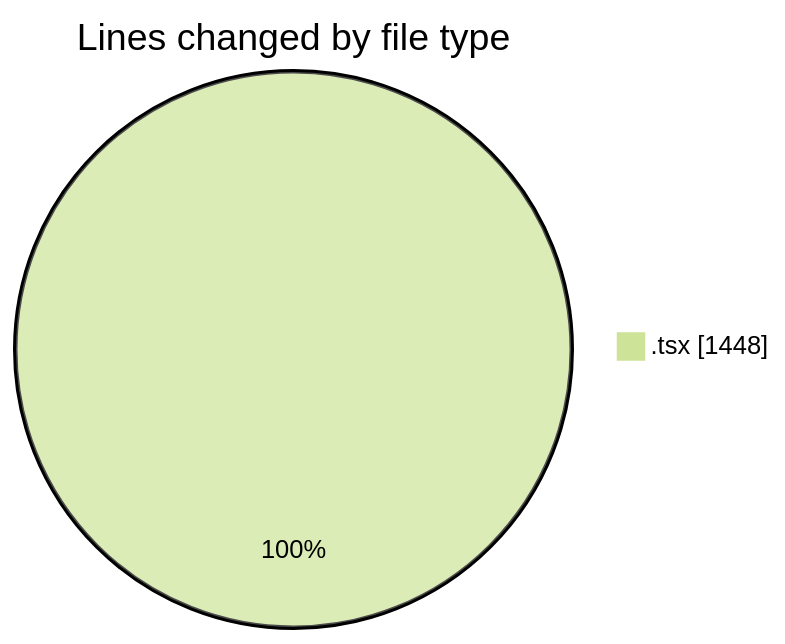
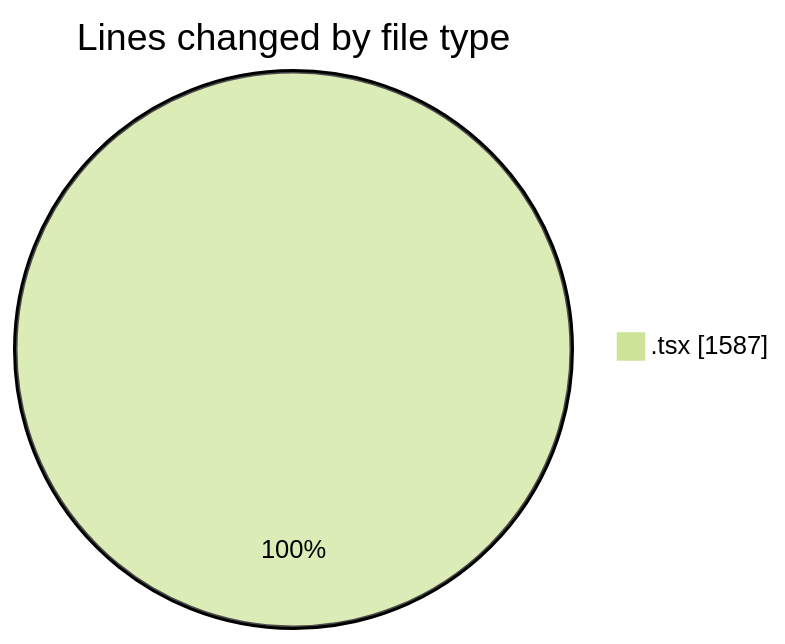
The first of 2 diagrams in 2026-02-12/nxtqube_webapp/README.md (nxtqubesakshisongat/code-tracking), drawn with Mermaid (forest theme) before and after one commit. The commit also changed other lines of this file and 1 other file, not shown here.

````diff
--- a/2026-02-12/nxtqube_webapp/README.md
+++ b/2026-02-12/nxtqube_webapp/README.md
@@ -24,5 +24,5 @@
 ```mermaid
 pie showData
 title Lines changed by file type
-".tsx" : 1448
+".tsx" : 1587
 ```
````
